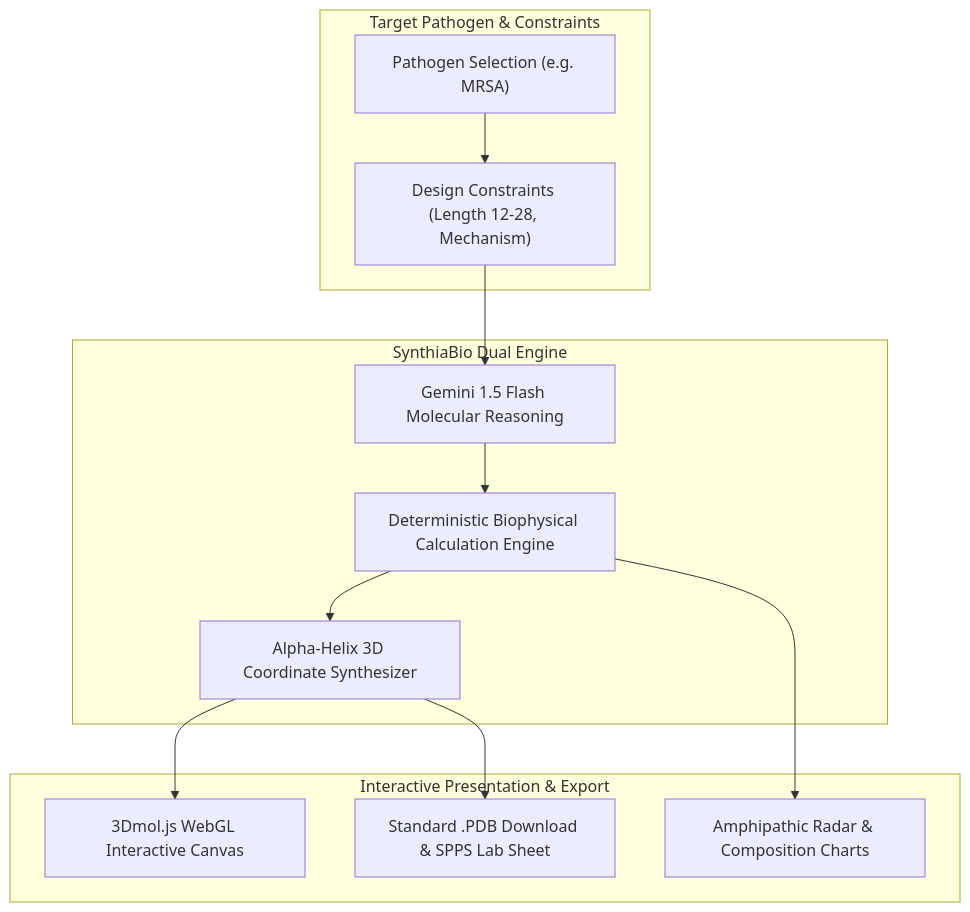
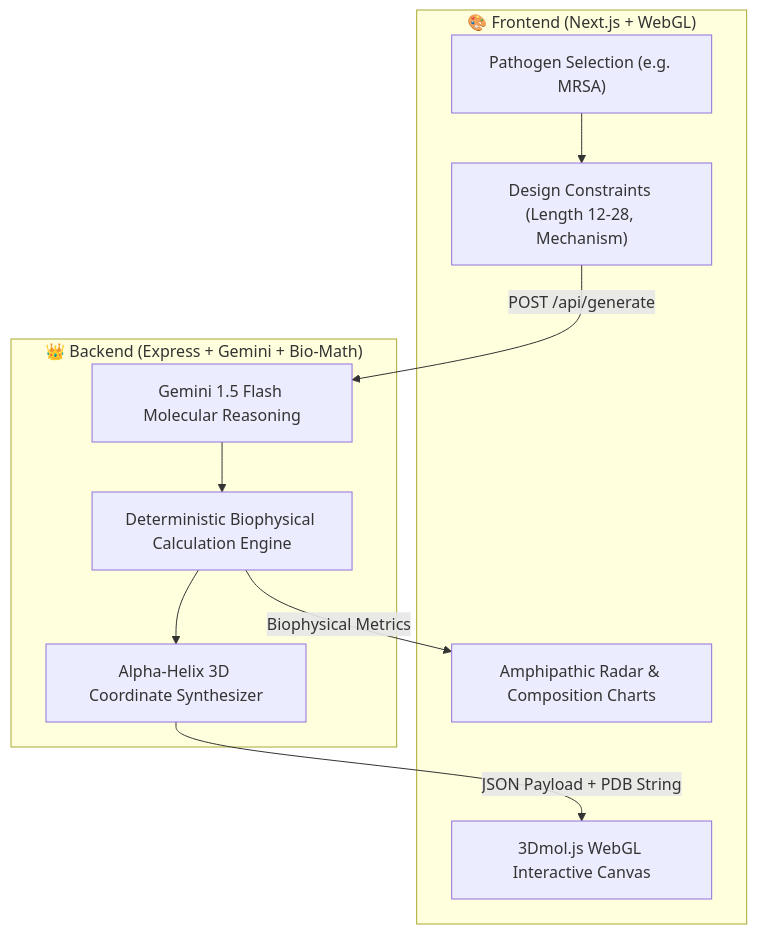
Before and after one commit to Pashinoh/Synthia-Bio: the diagram in README.md, drawn with Mermaid. The commit also changed other lines of this file and 48 other files, not shown here.

Commit message:
refactor: separate frontend and backend folders for single-branch main workflow

````diff
--- a/README.md
+++ b/README.md
@@ -49,18 +73,16 @@
 ```mermaid
 flowchart TD
-    subgraph Input ["Target Pathogen & Constraints"]
+    subgraph FrontendApp ["🎨 Frontend (Next.js + WebGL)"]
         A["Pathogen Selection (e.g. MRSA)"] --> B["Design Constraints (Length 12-28, Mechanism)"]
+        F["3Dmol.js WebGL Interactive Canvas"]
+        G["Amphipathic Radar & Composition Charts"]
     end
 
-    subgraph CoreEngine ["SynthiaBio Dual Engine"]
-        B --> C["Gemini 1.5 Flash Molecular Reasoning"]
+    subgraph BackendAPI ["👑 Backend (Express + Gemini + Bio-Math)"]
+        B -->|POST /api/generate| C["Gemini 1.5 Flash Molecular Reasoning"]
         C --> D["Deterministic Biophysical Calculation Engine"]
         D --> E["Alpha-Helix 3D Coordinate Synthesizer"]
-    end
-
-    subgraph Output ["Interactive Presentation & Export"]
-        E --> F["3Dmol.js WebGL Interactive Canvas"]
-        D --> G["Amphipathic Radar & Composition Charts"]
-        E --> H["Standard .PDB Download & SPPS Lab Sheet"]
+        E -->|JSON Payload + PDB String| F
+        D -->|Biophysical Metrics| G
     end
 ```
````
